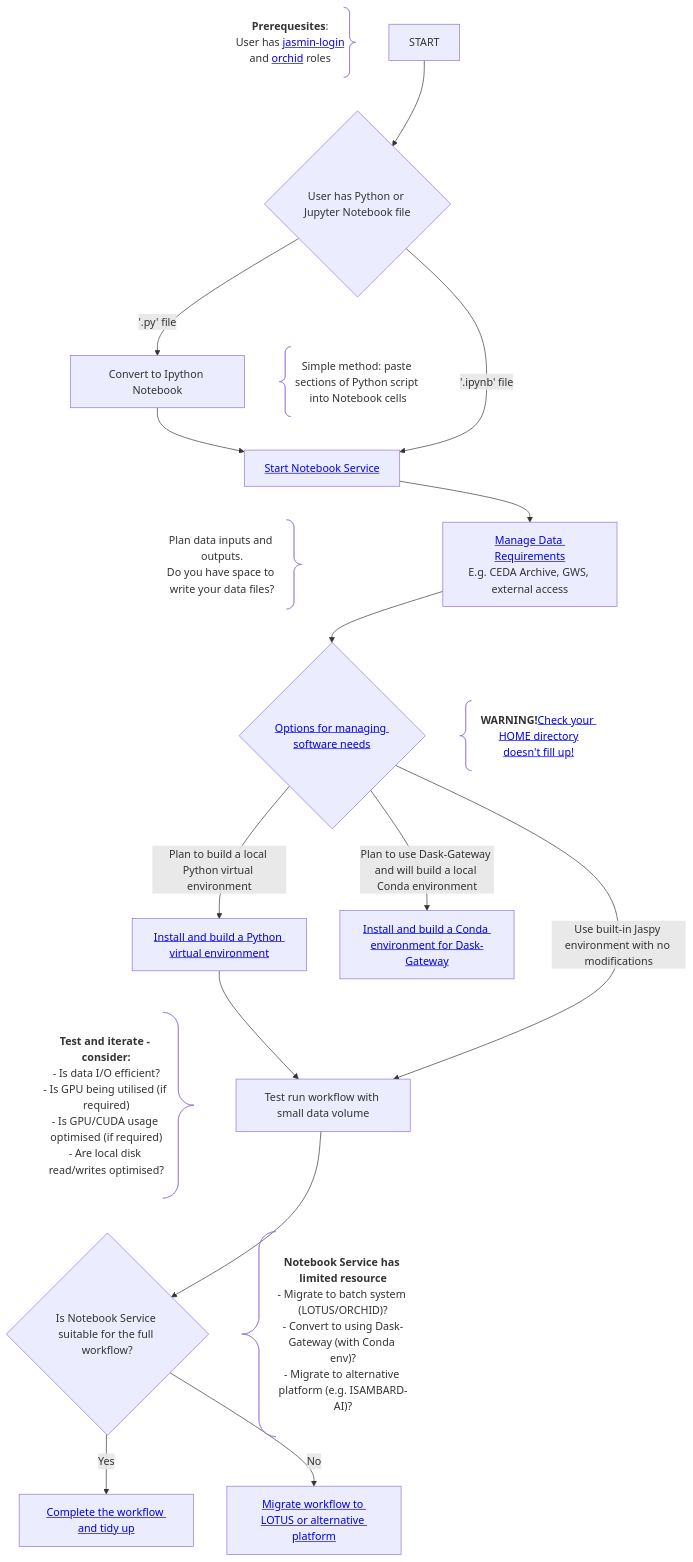
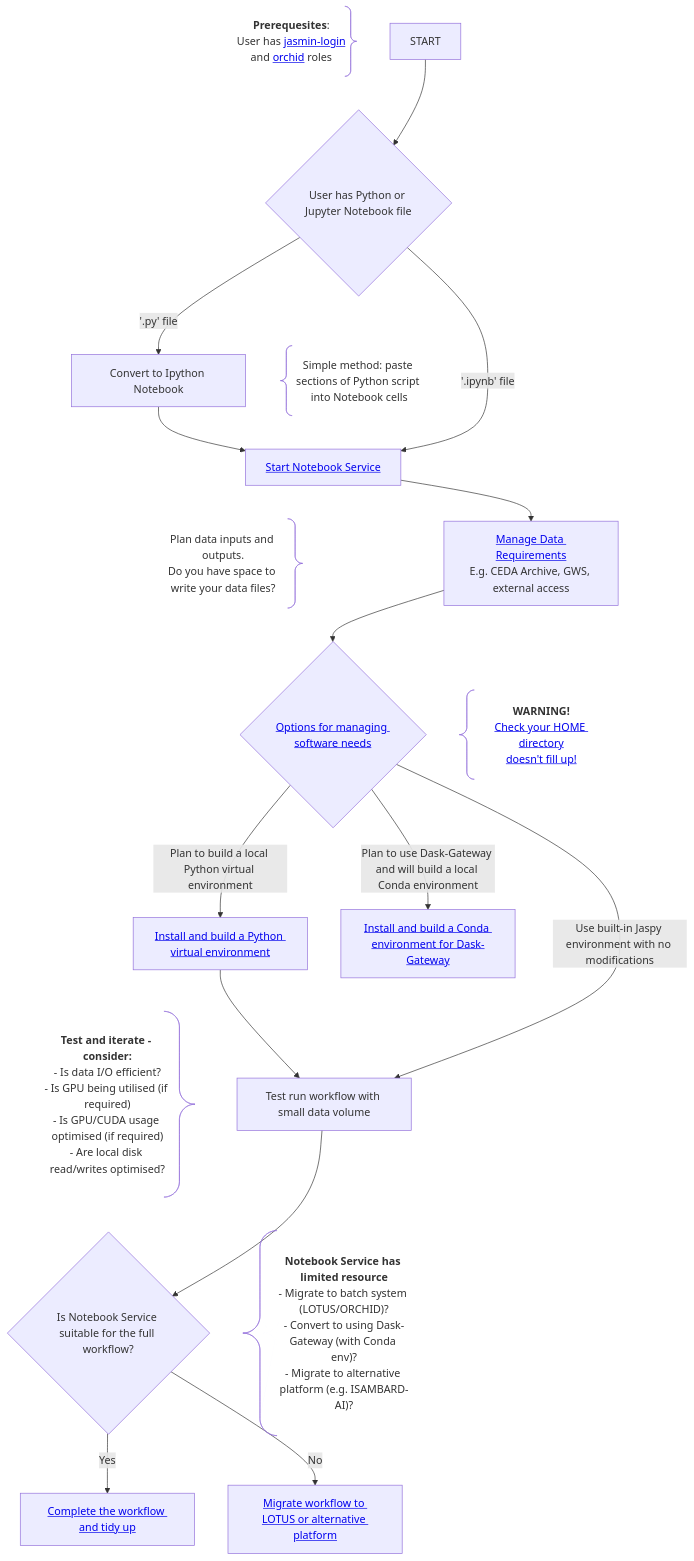
One commit to agstephens/proto-jasmin-mermaid-docs changed the diagram in README.md. Above: the diagram before and after it, drawn with Mermaid.

Commit message:
Fix warning label formatting in README.md

````diff
--- a/README.md
+++ b/README.md
@@ -13,43 +13,43 @@
 ```mermaid
  flowchart TD
     START --> PY_IPYNB{User has Python or Jupyter Notebook file}
 
     C1@{ shape: brace-r, label: "<b>Prerequesites</b>:
         User has <a href='http://help.jasmin.ac.uk/docs/getting-started/get-login-account/'>jasmin-login</a> 
         and <a href='https://help.jasmin.ac.uk/docs/batch-computing/orchid-gpu-cluster/#request-access-to-orchid'>orchid</a> roles" } ~~~ PY_IPYNB
 
     PY_IPYNB -->|'.ipynb' file| START_NBS[<a href="https://help.jasmin.ac.uk/docs/interactive-computing/jasmin-notebooks-service/#using-the-jasmin-notebook-service">Start Notebook Service</a>]
     PY_IPYNB -->|'.py' file| CONVERT_PY[Convert to Ipython Notebook]
 
     PY_IPYNB ~~~ C2@{ shape: brace-l, label: "Simple method: paste sections of Python script into Notebook cells"}
 
     CONVERT_PY --> START_NBS
     START_NBS ~~~ C3@{ shape: brace-r, label: "Plan data inputs and outputs.<br/>Do you have space to write your data files?"}
     
     START_NBS --> DATA_NEEDS[<a href="https://github.com/agstephens/proto-jasmin-mermaid-docs/blob/main/README.md#managing-data-access">Manage Data Requirements</a><br/>E.g. CEDA Archive, GWS, external access]
 
     DATA_NEEDS --> SW_NEEDS{<a href="https://github.com/agstephens/proto-jasmin-mermaid-docs/blob/main/README.md#software-management">Options for managing software needs</a>}
 
     SW_NEEDS -->|Use built-in Jaspy environment with no modifications| TEST_RUN[Test run workflow with small data volume]
     SW_NEEDS -->|Plan to build a local Python virtual environment| VENV_INSTALL[<a href="https://github.com/agstephens/proto-jasmin-mermaid-docs/blob/main/README.md#building-virtual-environments">Install and build a Python virtual environment</a>]
     SW_NEEDS -->|Plan to use Dask-Gateway and will build a local Conda environment| CONDA_INSTALL[<a href="https://github.com/agstephens/proto-jasmin-mermaid-docs/blob/main/README.md#using-dask-gateway">Install and build a Conda environment for Dask-Gateway</a>]
 
-    DATA_NEEDS ~~~ C4@{ shape: brace-l, label: "<b>WARNING!</b><a href='https://github.com/agstephens/proto-jasmin-mermaid-docs/blob/main/README.md#managing-your-home-directory'>Check your HOME directory<br/>doesn't fill up!</a>"}
+    DATA_NEEDS ~~~ C4@{ shape: brace-l, label: "<b>WARNING!</b><br/><a href='https://github.com/agstephens/proto-jasmin-mermaid-docs/blob/main/README.md#managing-your-home-directory'>Check your HOME directory<br/>doesn't fill up!</a>"}
     VENV_INSTALL --> TEST_RUN
 
     TEST_RUN --> FULL_RUN{Is Notebook Service suitable for the full workflow?}
 
     C5@{ shape: brace-r, label: "<b>Test and iterate - consider:</b>
     - Is data I/O efficient?
     - Is GPU being utilised (if required)
     - Is GPU/CUDA usage optimised (if required)
     - Are local disk read/writes optimised?"} ~~~ FULL_RUN
 
     TEST_RUN ~~~ C6@{ shape: brace-l, label: "**Notebook Service has limited resource**
     - Migrate to batch system (LOTUS/ORCHID)?
     - Convert to using Dask-Gateway (with Conda env)?
     - Migrate to alternative platform (e.g. ISAMBARD-AI)?"}
 
     FULL_RUN -->|Yes| COMPLETE[<a href="https://github.com/agstephens/proto-jasmin-mermaid-docs/blob/main/README.md#workflow-completion">Complete the workflow and tidy up</a>]
     FULL_RUN -->|No| MIGRATE[<a href="https://github.com/agstephens/proto-jasmin-mermaid-docs/blob/main/README.md#workflow-migration">Migrate workflow to LOTUS or alternative platform</a>]
 ```
````
